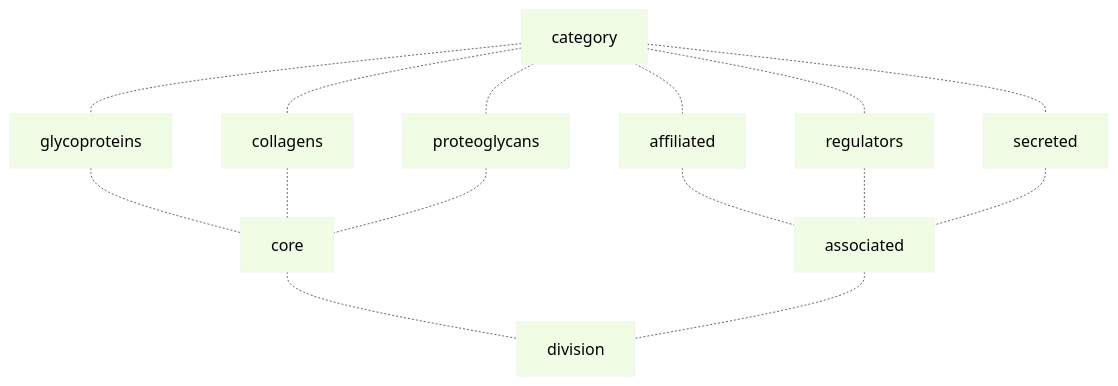
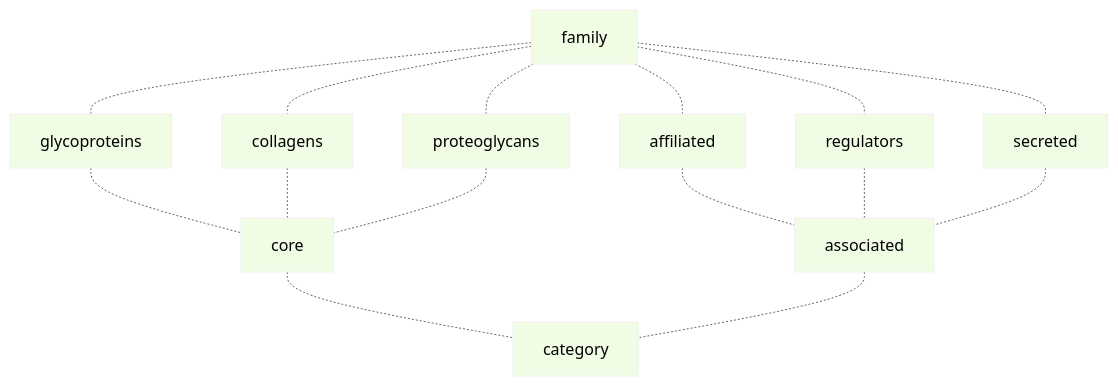
One commit to Izzilab/MatrisomeAnalyzeR changed the third of 3 diagrams in README.md. Above: the diagram before and after it, drawn with Mermaid. The commit also changed other lines of this file, not shown here.

````diff
--- a/README.md
+++ b/README.md
@@ -114,18 +112,18 @@
 ```mermaid
 %%{init: {'theme': 'neutral' } }%%
 flowchart TB
+style family fill: #F1FCE4, stroke:#F1F1F0
 style category fill: #F1FCE4, stroke:#F1F1F0
-style division fill: #F1FCE4, stroke:#F1F1F0
 style glycoproteins fill: #F1FCE4, stroke:#F1F1F0
 style collagens fill: #F1FCE4, stroke:#F1F1F0
 style proteoglycans fill: #F1FCE4, stroke:#F1F1F0
 style affiliated fill: #F1FCE4, stroke:#F1F1F0
 style regulators fill: #F1FCE4, stroke:#F1F1F0
 style secreted fill: #F1FCE4, stroke:#F1F1F0
 style core fill: #F1FCE4, stroke:#F1F1F0
 style associated fill: #F1FCE4, stroke:#F1F1F0
 
-category -.- glycoproteins & collagens & proteoglycans -.- core
-category -.- affiliated & regulators & secreted -.- associated
-core & associated -.- division
+family -.- glycoproteins & collagens & proteoglycans -.- core
+family -.- affiliated & regulators & secreted -.- associated
+core & associated -.- category
 ```
````
